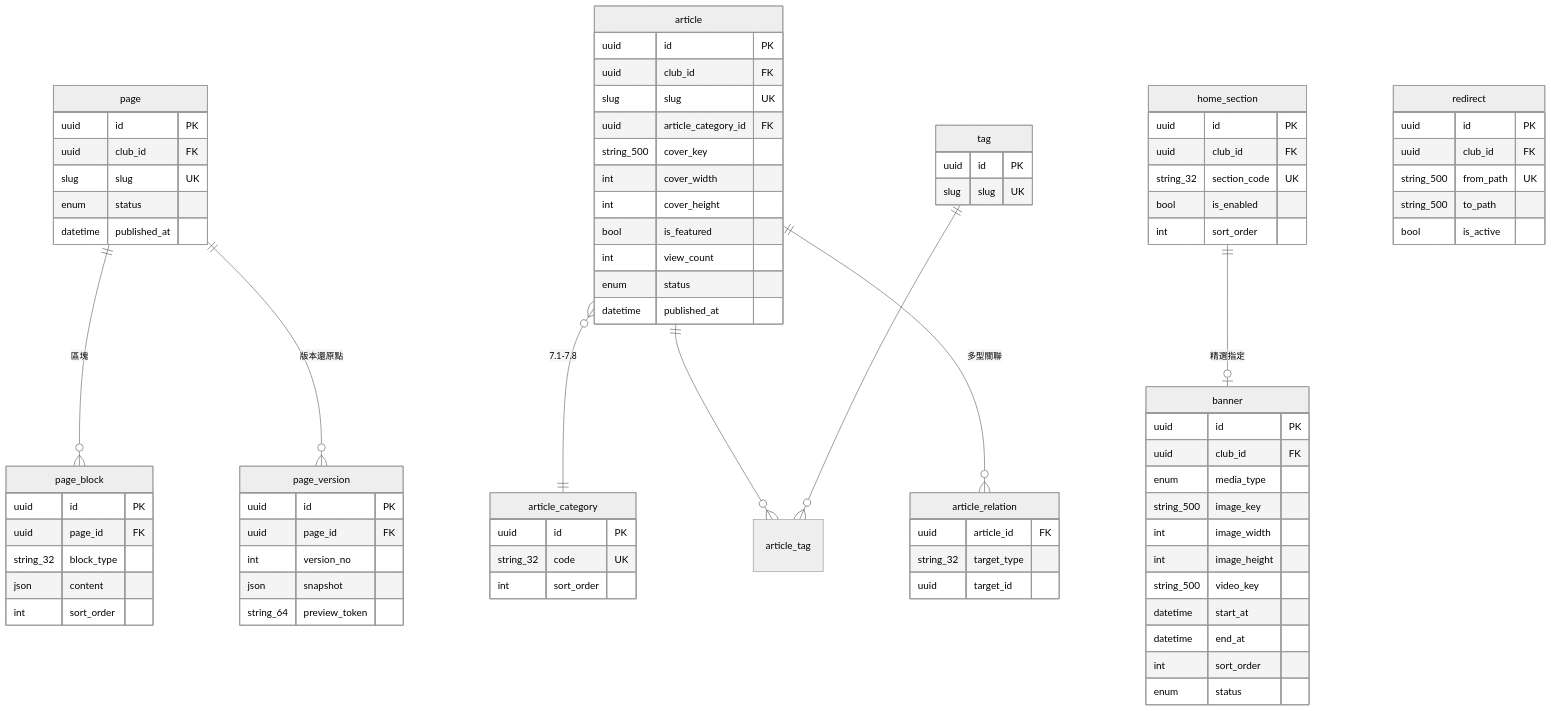
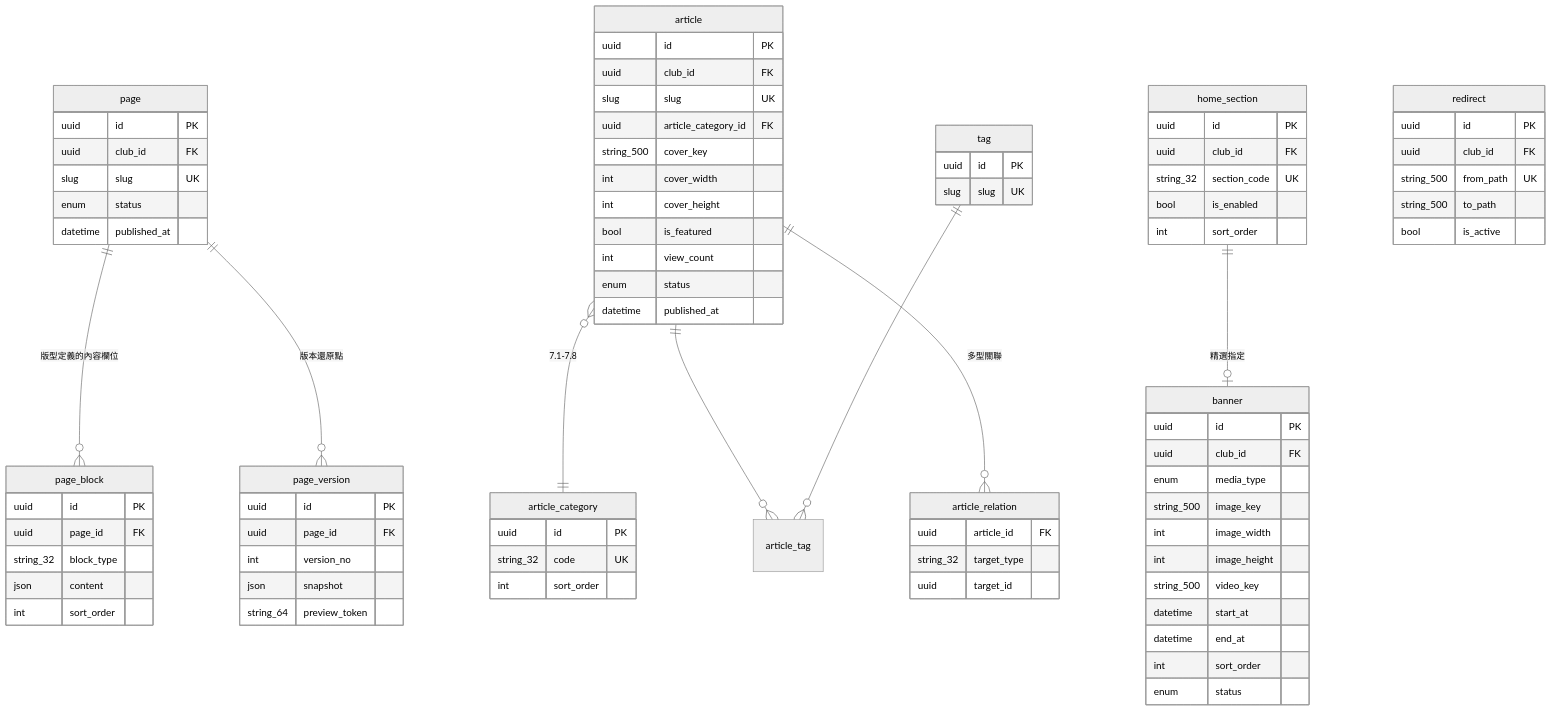
One commit to waiting0201/tcrfc changed the first of 17 diagrams in docs/12a-database-erd.md. Above: the diagram before and after it, drawn with Mermaid (neutral theme). The commit also changed 21 other files, not shown here.

````diff
--- a/docs/12a-database-erd.md
+++ b/docs/12a-database-erd.md
@@ -39,6 +39,6 @@
 ```mermaid
 erDiagram
-  page ||--o{ page_block : "區塊"
+  page ||--o{ page_block : "版型定義的內容欄位"
   page ||--o{ page_version : "版本還原點"
   article }o--|| article_category : "7.1-7.8"
   article ||--o{ article_tag : ""
````
